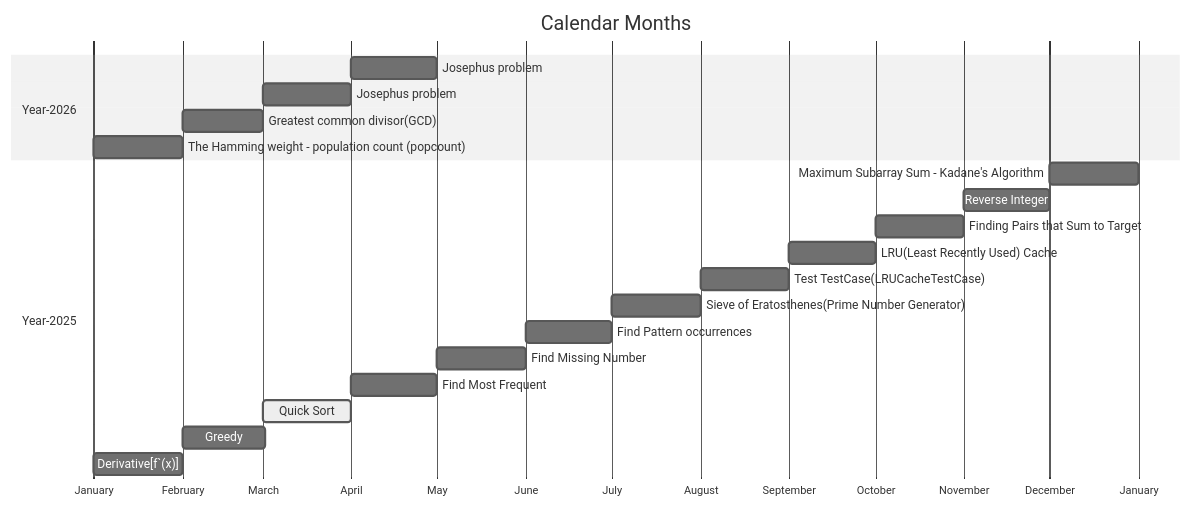
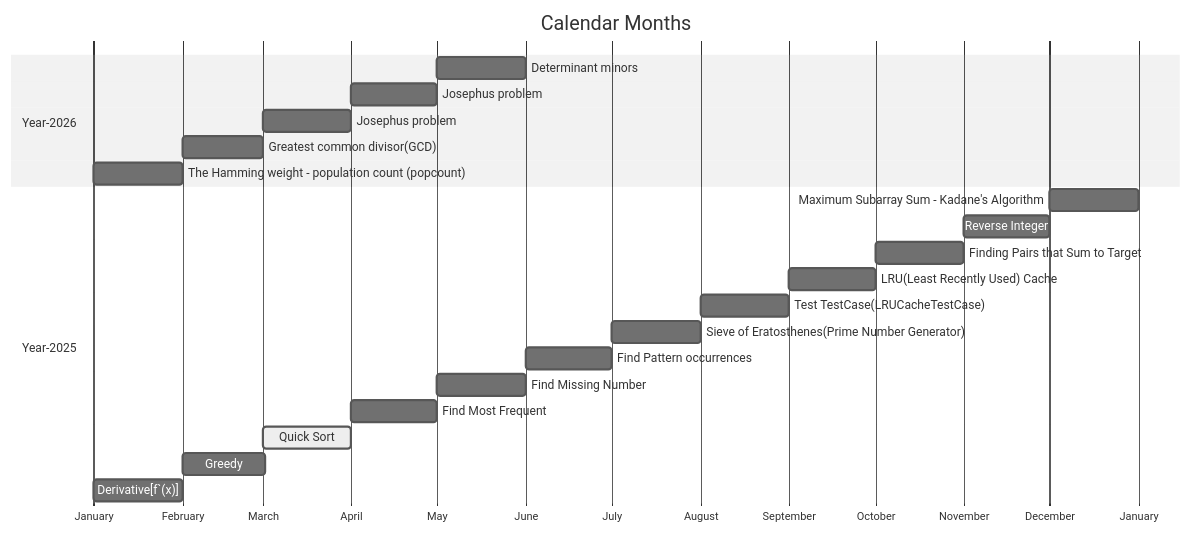
One commit to softtiny/docs.calendar changed the diagram in src/calendar.md. Above: the diagram before and after it, drawn with Mermaid (neutral theme). The commit also changed 2 other files, not shown here.

````diff
--- a/src/calendar.md
+++ b/src/calendar.md
@@ -2,25 +2,26 @@
 ```mermaid
 
 gantt
     title Calendar Months
     dateFormat MM-DD
     axisFormat %B
     section Year-2026
+        Determinant minors: 05-01, 31d
         Josephus problem: 04-01, 30d
         Josephus problem: 03-01, 31d
         Greatest common divisor(GCD): 02-01, 28d
         The Hamming weight - population count (popcount): 01-01, 31d
     section Year-2025
         Maximum Subarray Sum - Kadane's Algorithm:12-01, 31d
         Reverse Integer:11-01, 30d
         Finding Pairs that Sum to Target :10-01, 31d
         LRU(Least Recently Used) Cache :09-01, 30d
         Test TestCase(LRUCacheTestCase) :08-01, 31d
         Sieve of Eratosthenes(Prime Number Generator)    :07-01, 31d
         Find Pattern occurrences :06-01, 30d
         Find Missing Number :05-01, 31d
         Find Most Frequent :04-01, 30d
         Quick Sort      :active, 03-01, 31d
         Greedy          :02-01, 29d
         Derivative[f`(x)]          :01-01, 31d
 ```
````
